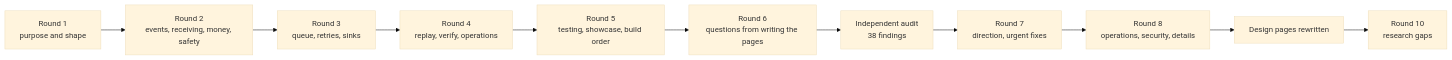
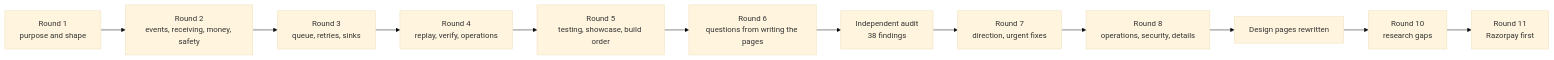
The diagram in docs/design/grilling-log.md (lalitkarthik/webhook-sync), drawn with Mermaid (base theme) before and after one commit. The commit also changed other lines of this file and 17 other files, not shown here.

First line of the commit message:
Design round 11: Razorpay first, Stripe parked (Q103-Q114)

````diff
--- a/docs/design/grilling-log.md
+++ b/docs/design/grilling-log.md
@@ -9,13 +9,14 @@
 ```mermaid
 flowchart LR
   R1["Round 1<br/>purpose and shape"] --> R2["Round 2<br/>events, receiving, money, safety"]
   R2 --> R3["Round 3<br/>queue, retries, sinks"]
   R3 --> R4["Round 4<br/>replay, verify, operations"]
   R4 --> R5["Round 5<br/>testing, showcase, build order"]
   R5 --> R6["Round 6<br/>questions from writing the pages"]
   R6 --> AU["Independent audit<br/>38 findings"]
   AU --> R7["Round 7<br/>direction, urgent fixes"]
   R7 --> R8["Round 8<br/>operations, security, details"]
   R8 --> D["Design pages rewritten"]
   D --> R10["Round 10<br/>research gaps"]
+  R10 --> R11["Round 11<br/>Razorpay first"]
 ```
````
